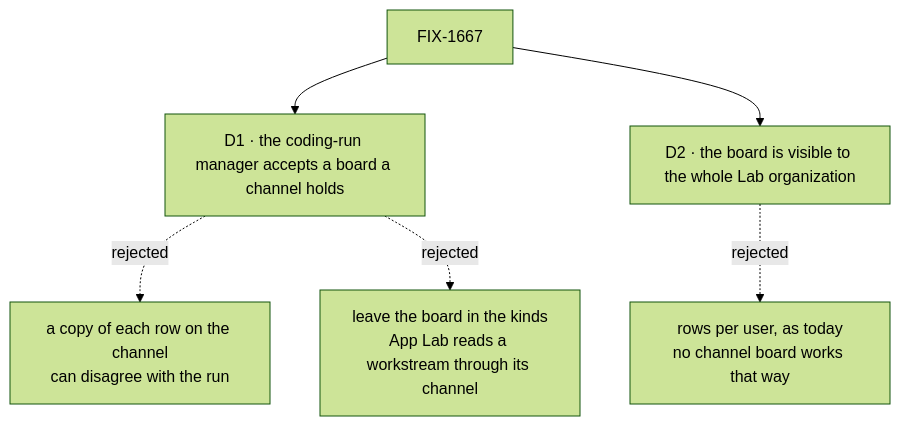
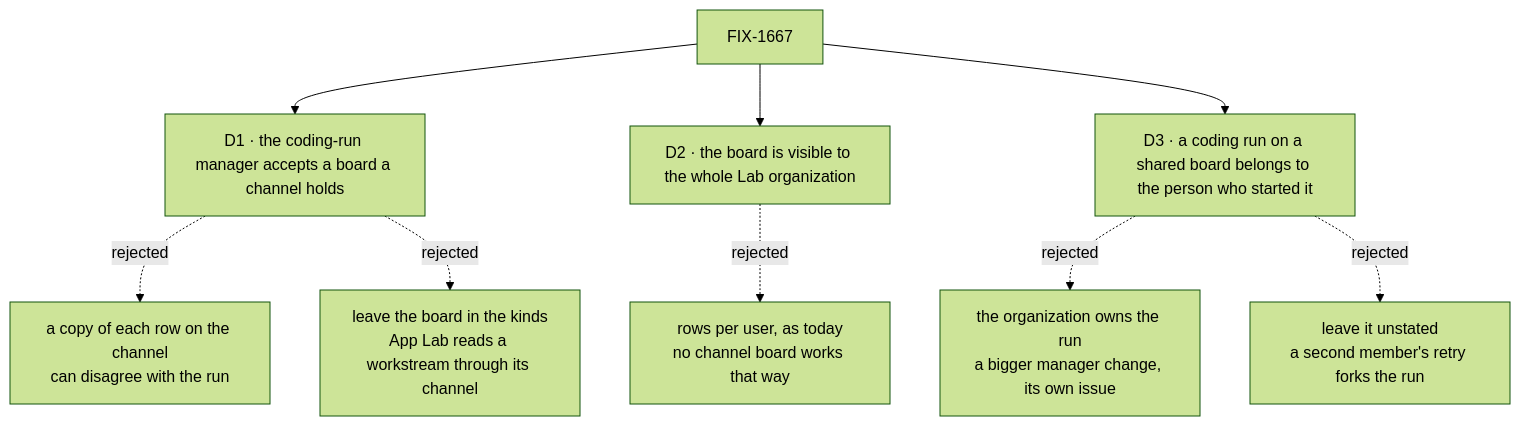
The diagram in specs/issues/FIX-1667/DECISIONS.md (fixpoint-labs/flow-state-dev), drawn with Mermaid (forest theme) before and after one commit. The commit also changed other lines of this file and 5 other files, not shown here.

First line of the commit message:
spec(FIX-1667): Codex review: a shared board's run is its starter's, lock reserved

````diff
--- a/specs/issues/FIX-1667/DECISIONS.md
+++ b/specs/issues/FIX-1667/DECISIONS.md
@@ -10,8 +10,11 @@
 ```mermaid
 flowchart TD
   I["FIX-1667"] --> D1["D1 · the coding-run manager accepts a board a channel holds"]
   D1 -.->|"rejected"| X1["a copy of each row on the channel<br/>can disagree with the run"]
   D1 -.->|"rejected"| X1b["leave the board in the kinds<br/>App Lab reads a workstream through its channel"]
   I --> D2["D2 · the board is visible to the whole Lab organization"]
   D2 -.->|"rejected"| X2["rows per user, as today<br/>no channel board works that way"]
+  I --> D3["D3 · a coding run on a shared board belongs to the person who started it"]
+  D3 -.->|"rejected"| X3["the organization owns the run<br/>a bigger manager change, its own issue"]
+  D3 -.->|"rejected"| X3b["leave it unstated<br/>a second member's retry forks the run"]
 ```
````
